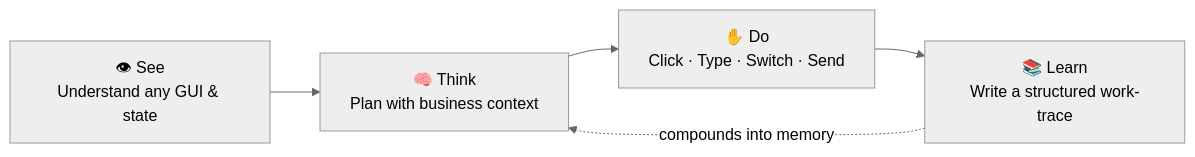
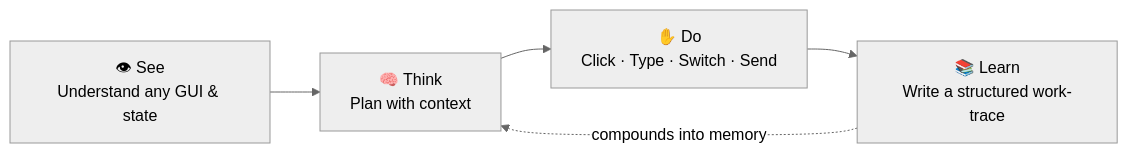
The diagram in README.md (sightflow-dev/sightflow-desktop-agent), drawn with Mermaid (neutral theme) before and after one commit. The commit also changed other lines of this file and 1 other file, not shown here.

First line of the commit message:
docs: focus README on the product, drop business-plan material

````diff
--- a/README.md
+++ b/README.md
@@ -54,7 +53,7 @@
 ```mermaid
 flowchart LR
-    SEE["👁 See<br/>Understand any GUI &amp; state"] --> THINK["🧠 Think<br/>Plan with business context"]
+    SEE["👁 See<br/>Understand any GUI &amp; state"] --> THINK["🧠 Think<br/>Plan with context"]
     THINK --> DO["✋ Do<br/>Click · Type · Switch · Send"]
     DO --> LEARN["📚 Learn<br/>Write a structured work-trace"]
     LEARN -. compounds into memory .-> THINK
 ```
````
